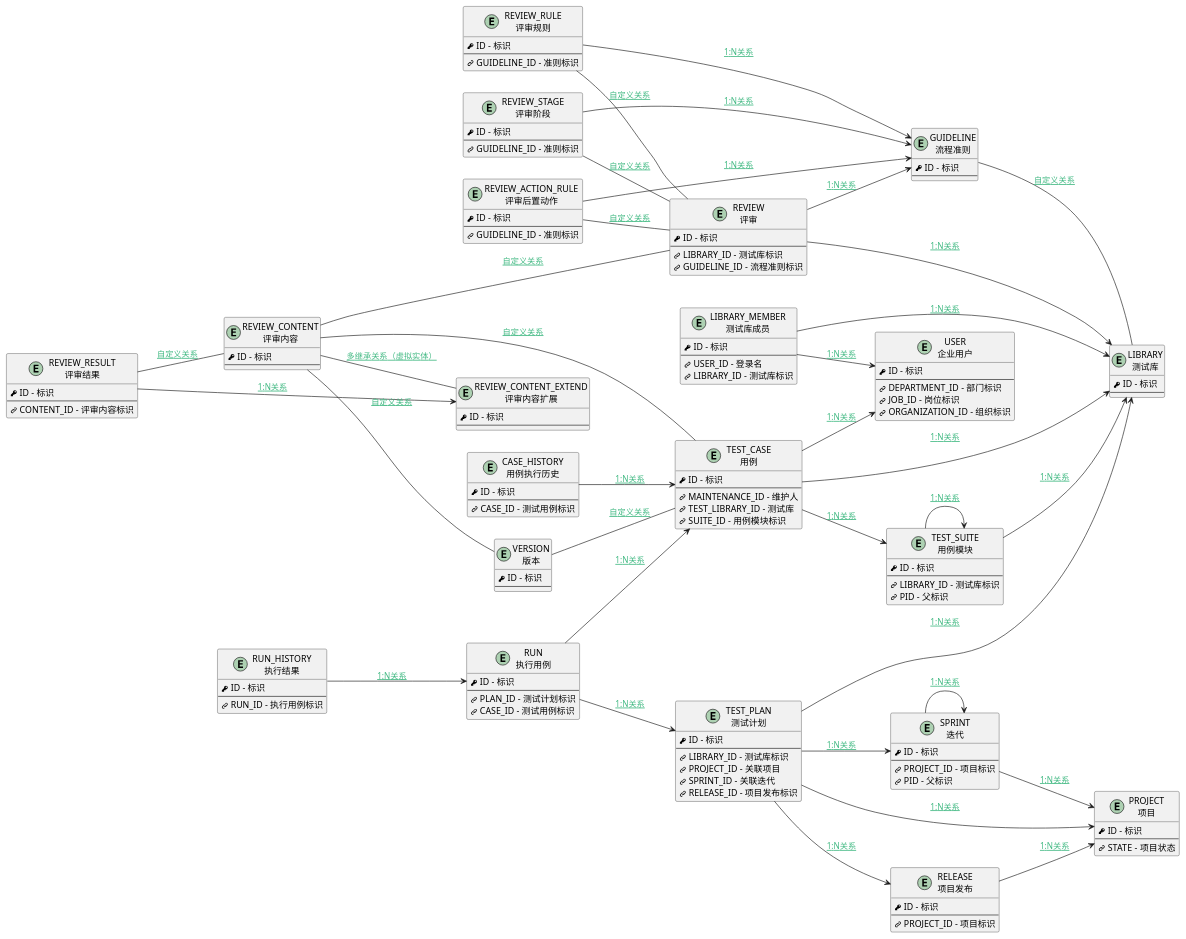
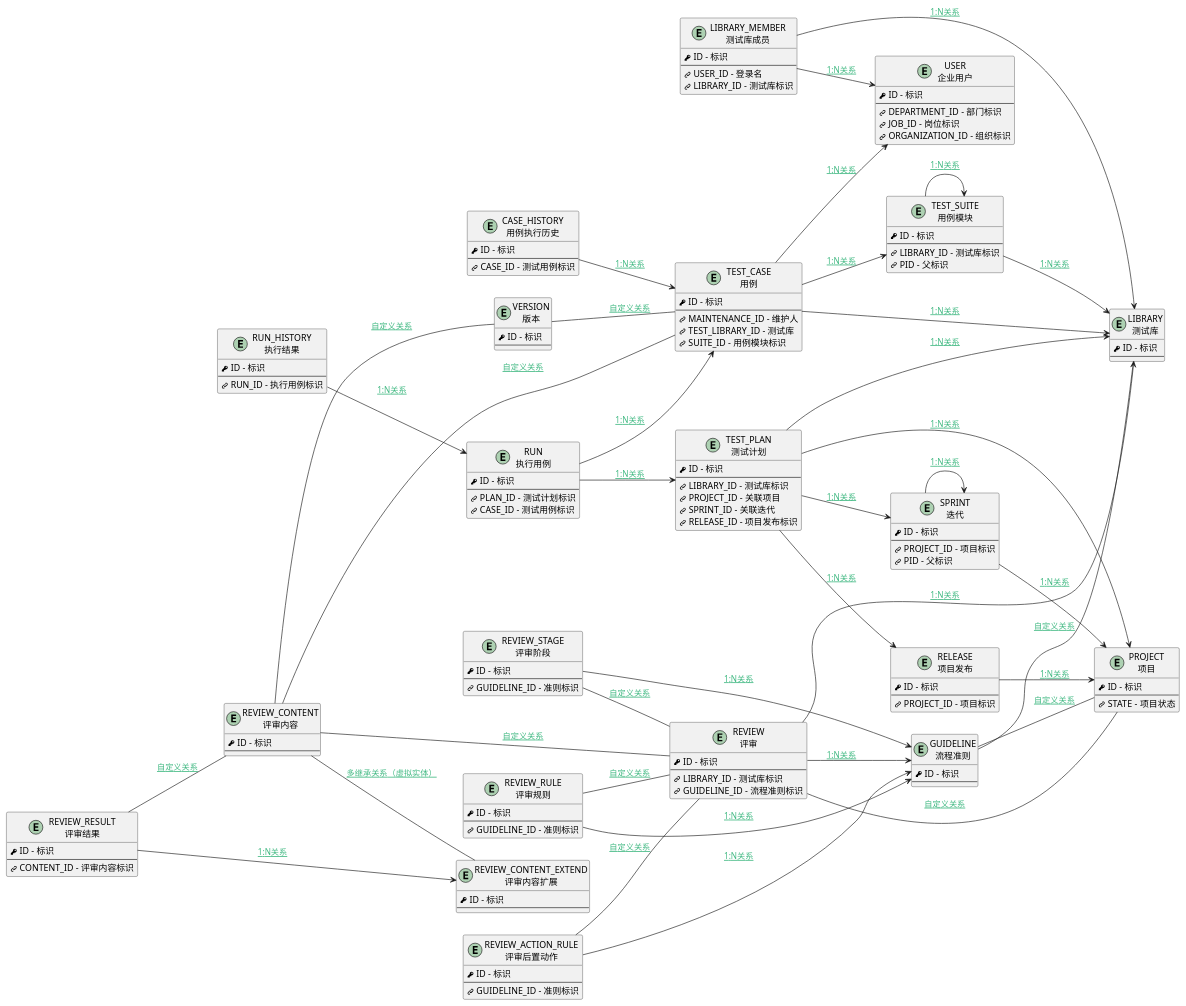
The diagram in doc/docsify/er/test_mgmt.md (iBizLab/plm), drawn with PlantUML before and after one commit. The commit also changed 686 other files, not shown here.

```diff
--- a/doc/docsify/er/test_mgmt.md
+++ b/doc/docsify/er/test_mgmt.md
@@ -137,6 +137,8 @@
 RELEASE--> PROJECT : [[$../der/DER1N_RELEASE_PROJECT_PROJECT_ID{DER1N_RELEASE_PROJECT_PROJECT_ID} 1:N关系]]
 SPRINT--> PROJECT : [[$../der/DER1N_SPRINT_PROJECT_PROJECT_ID{DER1N_SPRINT_PROJECT_PROJECT_ID} 1:N关系]]
 TEST_PLAN--> PROJECT : [[$../der/DER1N_TEST_PLAN_PROJECT_PROJECT_ID{DER1N_TEST_PLAN_PROJECT_PROJECT_ID} 1:N关系]]
+GUIDELINE-- PROJECT : [[$../der/DERCUSTOM_GUIDELINE_PROJECT_PROJECT_ID{DERCUSTOM_GUIDELINE_PROJECT_PROJECT_ID} 自定义关系]]
+REVIEW-- PROJECT : [[$../der/DERCUSTOM_REVIEW_PROJECT_PRINCIPAL_ID{DERCUSTOM_REVIEW_PROJECT_PRINCIPAL_ID} 自定义关系]]
 TEST_PLAN--> RELEASE : [[$../der/DER1N_TEST_PLAN_RELEASE_RELEASE_ID{DER1N_TEST_PLAN_RELEASE_RELEASE_ID} 1:N关系]]
 REVIEW_CONTENT-- REVIEW : [[$../der/DERCUSTOM_REVIEW_CONTENT_REVIEW{DERCUSTOM_REVIEW_CONTENT_REVIEW} 自定义关系]]
 REVIEW_ACTION_RULE-- REVIEW : [[$../der/DERCUSTOM_REVIEW_REVIEW_ACTION_RULE_ACTION_RULE{DERCUSTOM_REVIEW_REVIEW_ACTION_RULE_ACTION_RULE} 自定义关系]]
```
